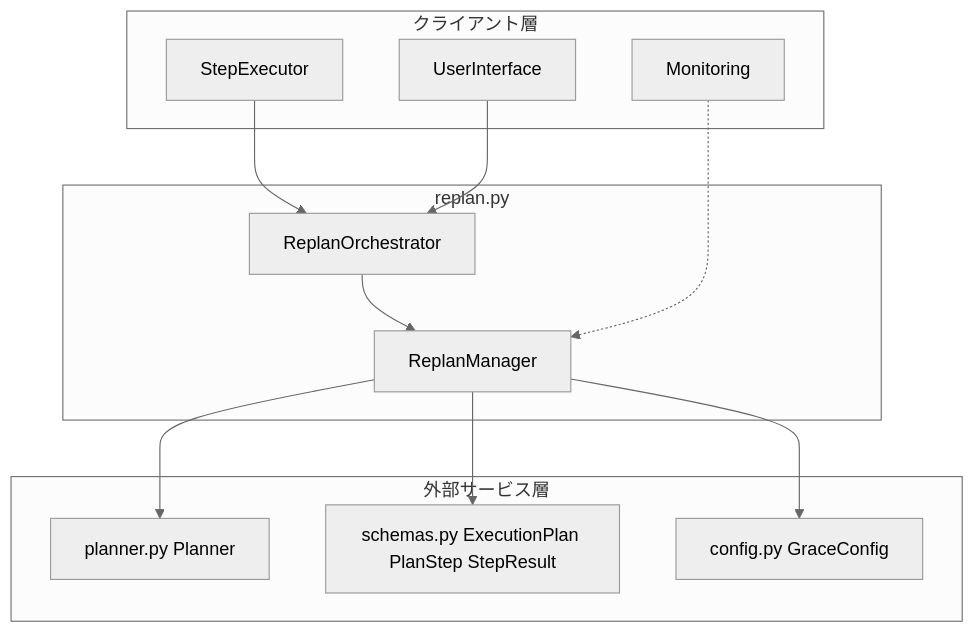
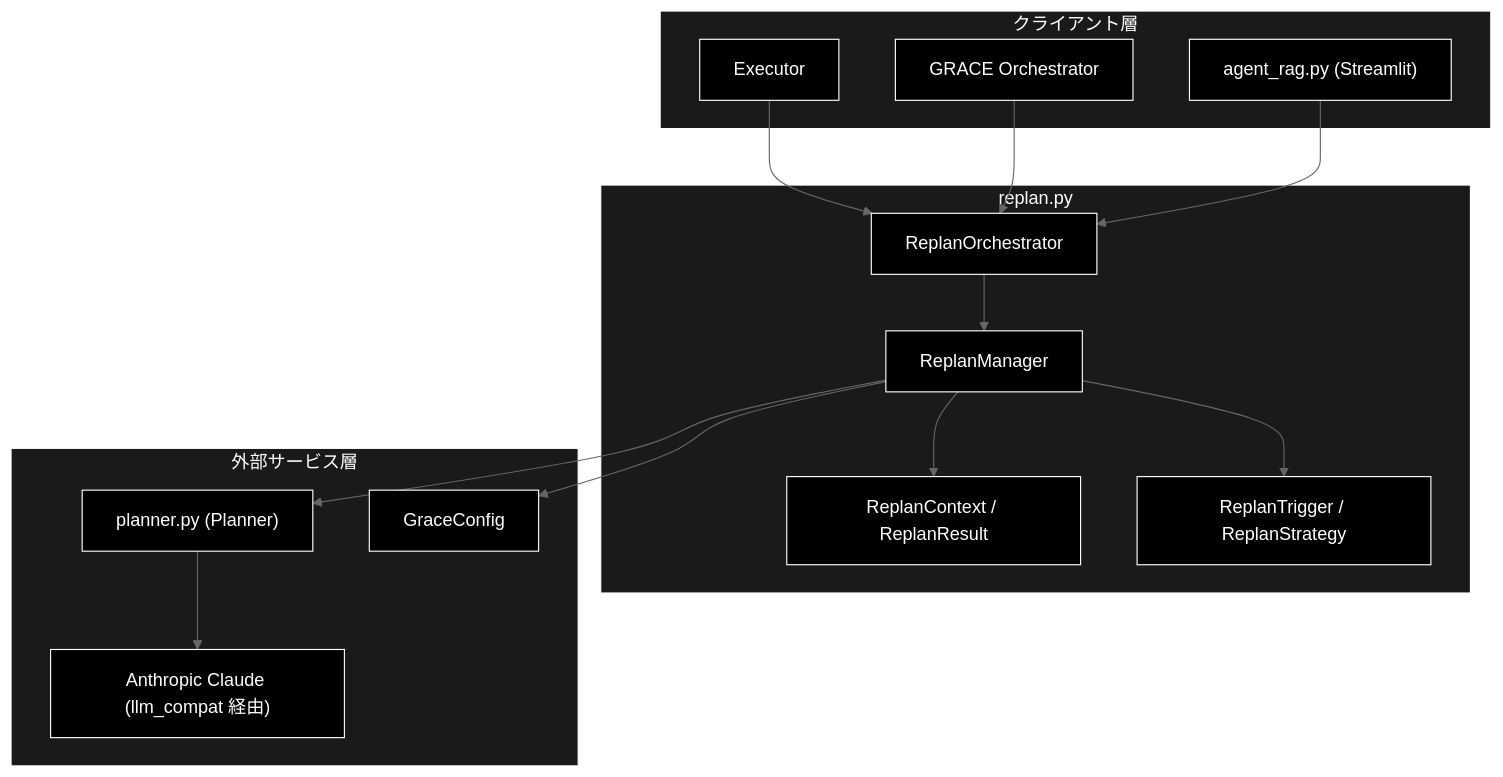
One commit to nakashima2toshio/anthropic_grace_agent_v2 changed the first of 3 diagrams in grace/doc/replan.md. Above: the diagram before and after it, drawn with Mermaid (neutral theme). The commit also changed other lines of this file and 9 other files, not shown here.

````diff
--- a/grace/doc/replan.md
+++ b/grace/doc/replan.md
@@ -71,27 +73,37 @@
 ```mermaid
 flowchart TB
     subgraph CLIENT["クライアント層"]
-        EXECUTOR[StepExecutor]
-        UI[UserInterface]
-        MON[Monitoring]
+        EXEC["Executor"]
+        ORCHESTRATOR["GRACE Orchestrator"]
+        UI["agent_rag.py (Streamlit)"]
     end
 
     subgraph MODULE["replan.py"]
-        ORCH[ReplanOrchestrator]
-        MGR[ReplanManager]
+        ORCH["ReplanOrchestrator"]
+        MGR["ReplanManager"]
+        CTX["ReplanContext / ReplanResult"]
+        ENUM["ReplanTrigger / ReplanStrategy"]
     end
 
     subgraph EXTERNAL["外部サービス層"]
-        PLANNER_MOD["planner.py Planner"]
-        SCHEMAS["schemas.py ExecutionPlan PlanStep StepResult"]
-        CONFIG["config.py GraceConfig"]
+        PLANNER["planner.py (Planner)"]
+        LLM["Anthropic Claude (llm_compat 経由)"]
+        CONFIG["GraceConfig"]
     end
 
+    EXEC --> ORCH
+    ORCHESTRATOR --> ORCH
+    UI --> ORCH
     ORCH --> MGR
-    EXECUTOR --> ORCH
-    UI --> ORCH
-    MON -.-> MGR
-    MGR --> PLANNER_MOD
-    MGR --> SCHEMAS
+    MGR --> CTX
+    MGR --> ENUM
+    MGR --> PLANNER
+    PLANNER --> LLM
     MGR --> CONFIG
+classDef default fill:#000,stroke:#fff,color:#fff
+classDef subgraphStyle fill:#1a1a1a,stroke:#fff,color:#fff
+class EXEC,ORCHESTRATOR,UI,ORCH,MGR,CTX,ENUM,PLANNER,LLM,CONFIG default
+style CLIENT fill:#1a1a1a,stroke:#fff,color:#fff
+style MODULE fill:#1a1a1a,stroke:#fff,color:#fff
+style EXTERNAL fill:#1a1a1a,stroke:#fff,color:#fff
 ```
````
